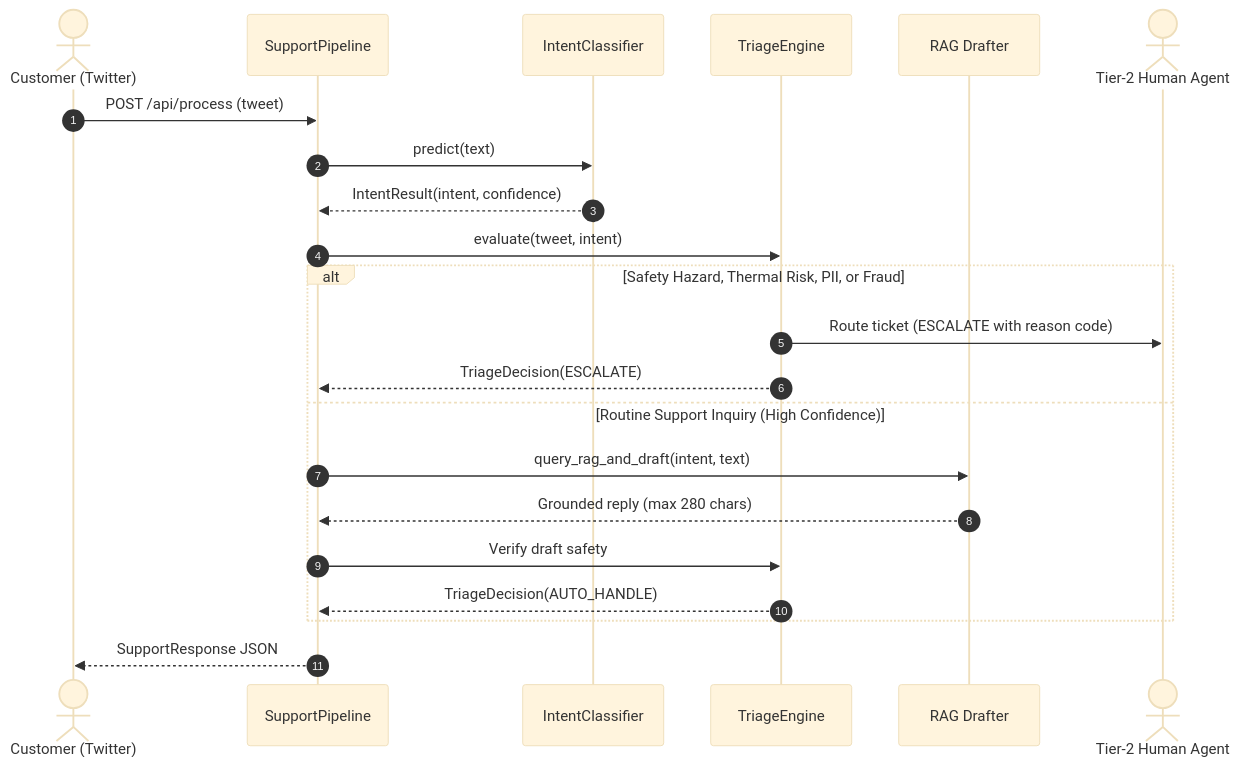
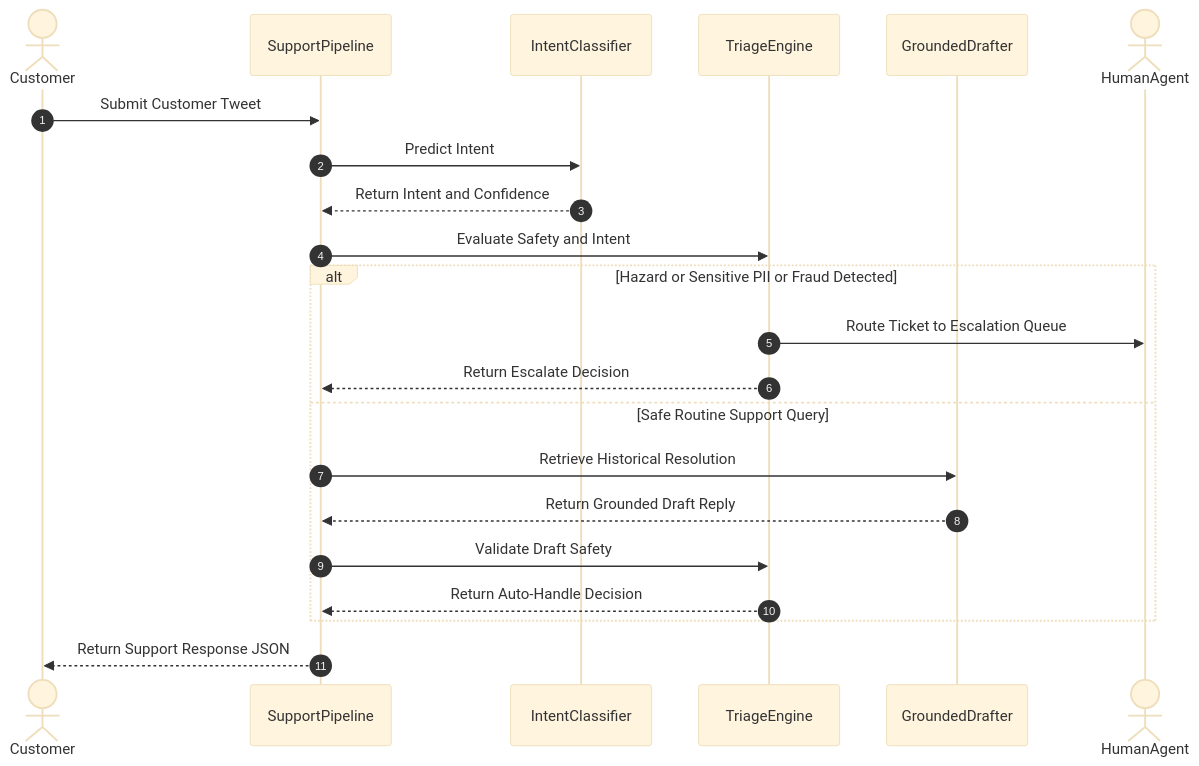
One commit to nanthitha25/hiver_assignment changed the fifth of 5 diagrams in README.md. Above: the diagram before and after it, drawn with Mermaid (base theme). The commit also changed other lines of this file, not shown here.

Commit message:
fix(docs): quote all Mermaid labels and remove unquoted special characters to fix GitHub rich display rendering

````diff
--- a/README.md
+++ b/README.md
@@ -209,27 +207,27 @@
 ```mermaid
 sequenceDiagram
     autonumber
-    actor Customer as Customer (Twitter)
+    actor Customer
     participant Pipeline as SupportPipeline
     participant Classifier as IntentClassifier
     participant Triage as TriageEngine
-    participant RAG as RAG Drafter
-    actor Agent as Tier-2 Human Agent
+    participant RAG as GroundedDrafter
+    actor Agent as HumanAgent
 
-    Customer->>Pipeline: POST /api/process (tweet)
-    Pipeline->>Classifier: predict(text)
-    Classifier-->>Pipeline: IntentResult(intent, confidence)
-    Pipeline->>Triage: evaluate(tweet, intent)
+    Customer->>Pipeline: Submit Customer Tweet
+    Pipeline->>Classifier: Predict Intent
+    Classifier-->>Pipeline: Return Intent and Confidence
+    Pipeline->>Triage: Evaluate Safety and Intent
 
-    alt Safety Hazard, Thermal Risk, PII, or Fraud
-        Triage->>Agent: Route ticket (ESCALATE with reason code)
-        Triage-->>Pipeline: TriageDecision(ESCALATE)
-    else Routine Support Inquiry (High Confidence)
-        Pipeline->>RAG: query_rag_and_draft(intent, text)
-        RAG-->>Pipeline: Grounded reply (max 280 chars)
-        Pipeline->>Triage: Verify draft safety
-        Triage-->>Pipeline: TriageDecision(AUTO_HANDLE)
+    alt Hazard or Sensitive PII or Fraud Detected
+        Triage->>Agent: Route Ticket to Escalation Queue
+        Triage-->>Pipeline: Return Escalate Decision
+    else Safe Routine Support Query
+        Pipeline->>RAG: Retrieve Historical Resolution
+        RAG-->>Pipeline: Return Grounded Draft Reply
+        Pipeline->>Triage: Validate Draft Safety
+        Triage-->>Pipeline: Return Auto-Handle Decision
     end
 
-    Pipeline-->>Customer: SupportResponse JSON
+    Pipeline-->>Customer: Return Support Response JSON
 ```
````
